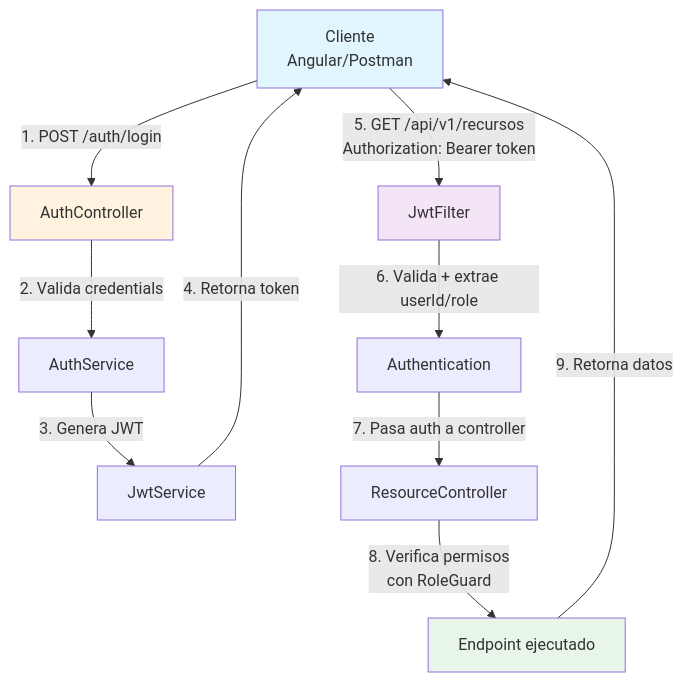
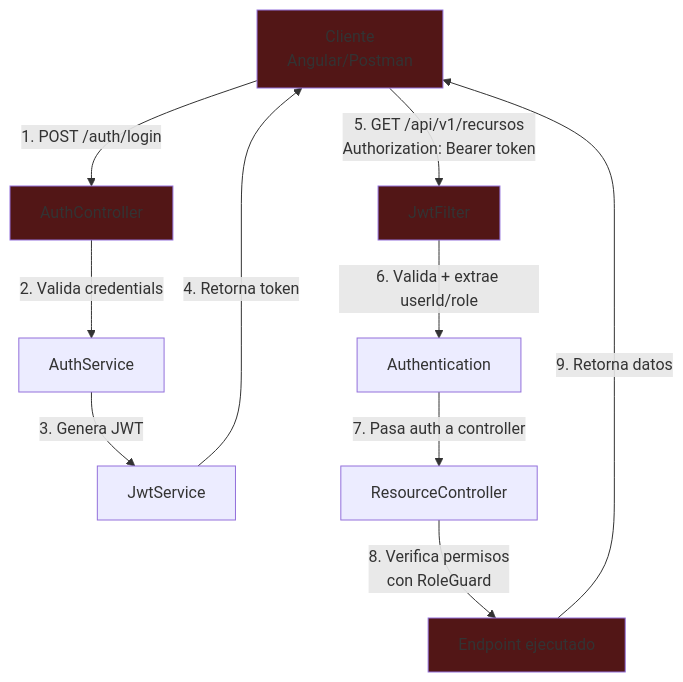
One commit to GuillaumeEven/ecotrack-office changed the first of 3 diagrams in docs/adapt-auth.md. Above: the diagram before and after it, drawn with Mermaid. The commit also changed other lines of this file and 4 other files, not shown here.

````diff
--- a/docs/adapt-auth.md
+++ b/docs/adapt-auth.md
@@ -17,19 +17,19 @@
 ```mermaid
 graph TB
     A[Cliente<br/>Angular/Postman] -->|1. POST /auth/login| B[AuthController]
     B -->|2. Valida credentials| C[AuthService]
     C -->|3. Genera JWT| D[JwtService]
     D -->|4. Retorna token| A
     
     A -->|5. GET /api/v1/recursos<br/>Authorization: Bearer token| E[JwtFilter]
     E -->|6. Valida + extrae userId/role| F[Authentication]
     F -->|7. Pasa auth a controller| G[ResourceController]
     G -->|8. Verifica permisos<br/>con RoleGuard| H[Endpoint ejecutado]
     
     H -->|9. Retorna datos| A
     
-    style A fill:#e1f5ff
-    style B fill:#fff3e0
-    style E fill:#f3e5f5
-    style H fill:#e8f5e9
+    style A fill:#521616
+    style B fill:#521616
+    style E fill:#521616
+    style H fill:#521616
 ```
````
